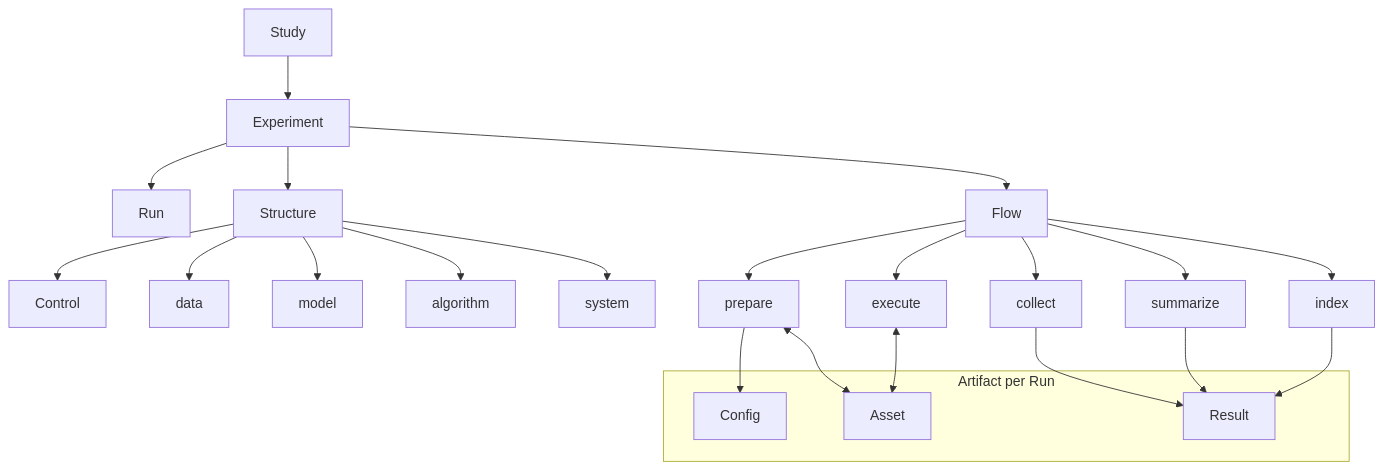
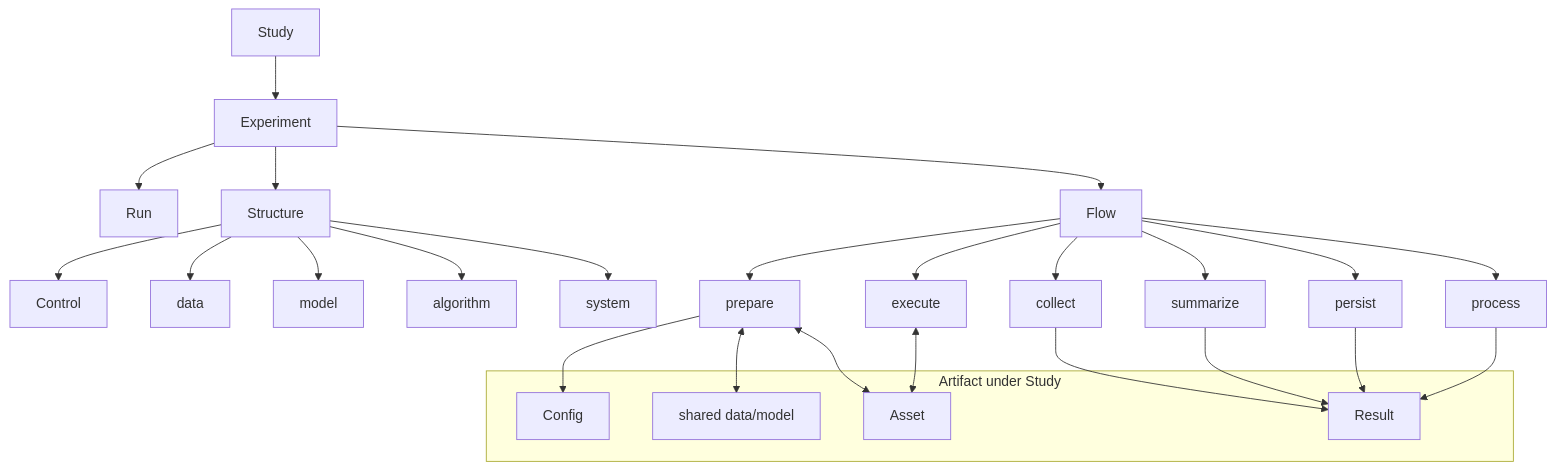
The first of 3 diagrams in docs/CONCEPT.md (diaoenmao/RPipe), drawn with Mermaid before and after one commit. The commit also changed other lines of this file and 43 other files, not shown here.

Commit message:
Add real MNIST train-size study, layout mirror test, and Study-artifact docs.

````diff
--- a/docs/CONCEPT.md
+++ b/docs/CONCEPT.md
@@ -52,28 +52,32 @@
 ```mermaid
 flowchart TB
   Study --> Experiment
   Experiment --> Run
   Experiment --> Structure
   Experiment --> Flow
   Structure --> Control
   Structure --> data
   Structure --> model
   Structure --> algorithm
   Structure --> system
   Flow --> prepare
   Flow --> execute
   Flow --> collect
   Flow --> summarize
-  Flow --> index_phase[index]
-  subgraph Artifact_sub [Artifact per Run]
+  Flow --> persist_phase[persist]
+  Flow --> process_phase[process]
+  subgraph Artifact_sub [Artifact under Study]
+    shared[shared data/model]
     Config
     Result
     Asset
   end
   prepare --> Config
+  prepare <--> shared
   prepare <--> Asset
   execute <--> Asset
   collect --> Result
   summarize --> Result
-  index_phase --> Result
+  persist_phase --> Result
+  process_phase --> Result
 ```
````
